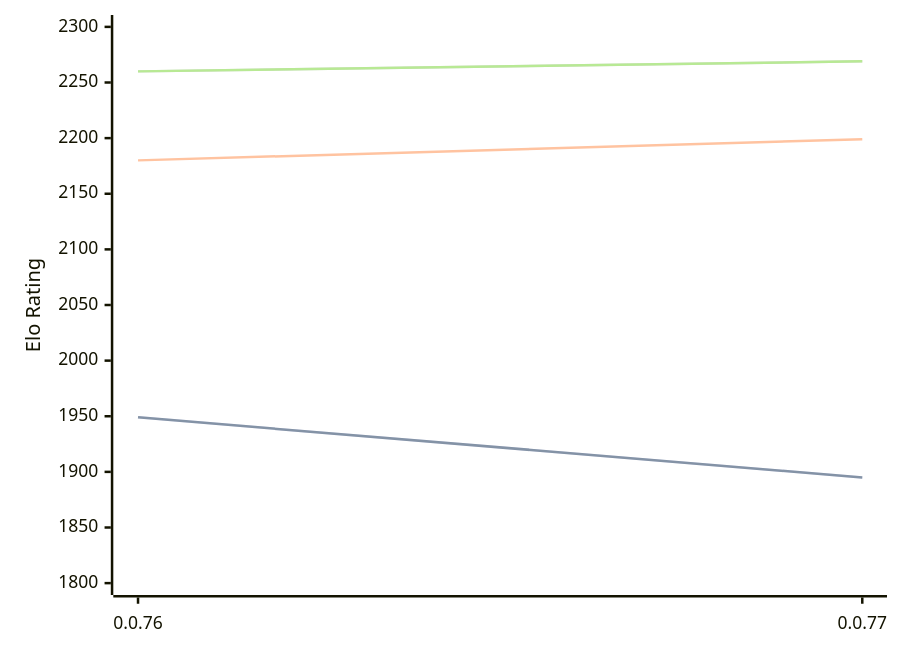
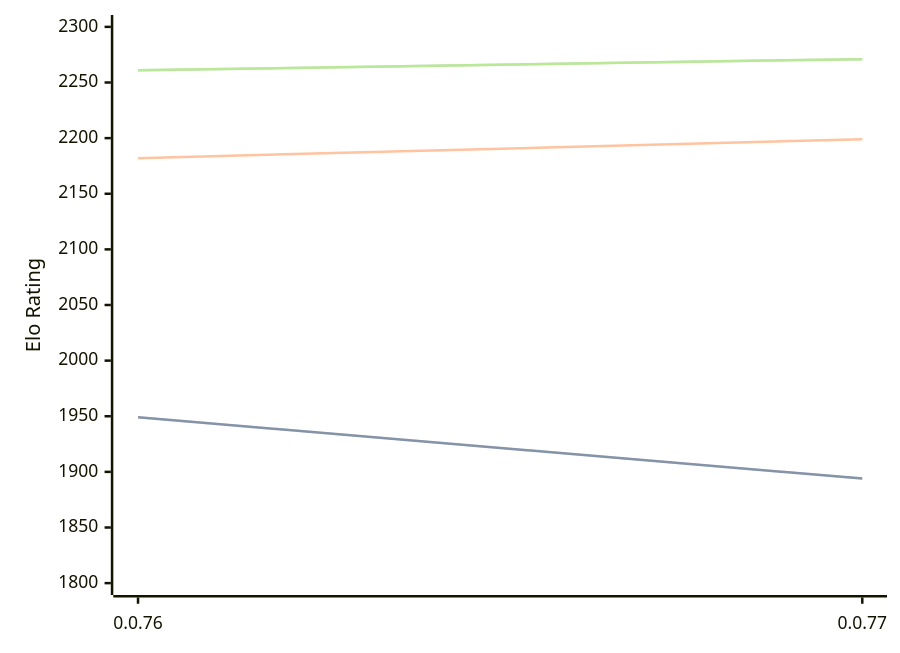
One commit to computer-chess-index/cci changed the diagram in engines/Fktb.md. Above: the diagram before and after it, drawn with Mermaid. The commit also changed other lines of this file, not shown here.

Commit message:
Update CCI Ratings (ELO VLTC) - 2026-05-06

````diff
--- a/engines/Fktb.md
+++ b/engines/Fktb.md
@@ -32,11 +32,11 @@
 ```mermaid
 %%{init: {"theme":"base","themeVariables":{"seriesColors:['#a3a3a3','#222221','#faa371']}}}%%
 xychart-beta
   x-axis ["0.0.76", "0.0.77"]
   y-axis "Elo Rating" 1800 --> 2300
-  line "STC (8.0+0.08s)" [1949, 1895]
-  line "STC (8.0+0.08s)" [1949, 1895]
-  line "LTC (60.0+0.60s)" [2180, 2199]
-  line "VLTC (2m24s+1.12s)" [2260, 2269]
-  line "VLTC (2m24s+1.12s)" [2260, 2269]
+  line "STC (8.0+0.08s)" [1949, 1894]
+  line "STC (8.0+0.08s)" [1949, 1894]
+  line "LTC (60.0+0.60s)" [2182, 2199]
+  line "VLTC (2m24s+1.12s)" [2261, 2271]
+  line "VLTC (2m24s+1.12s)" [2261, 2271]
 ```
````
